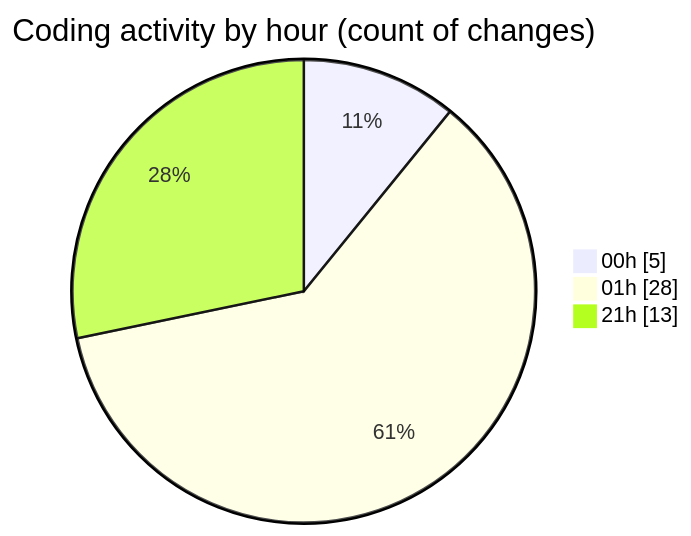
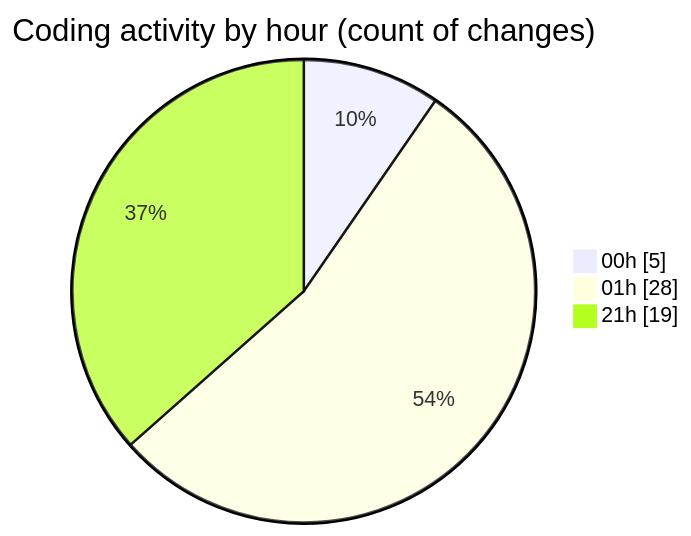
Before and after one commit to Netris89/code-tracking: the second of 2 diagrams in 2025-03-30/echo/README.md, drawn with Mermaid. The commit also changed other lines of this file and 1 other file, not shown here.

````diff
--- a/2025-03-30/echo/README.md
+++ b/2025-03-30/echo/README.md
@@ -34,7 +34,7 @@
 ```mermaid
 pie showData
 title Coding activity by hour (count of changes)
 "00h" : 5
 "01h" : 28
-"21h" : 13
+"21h" : 19
 ```
````
